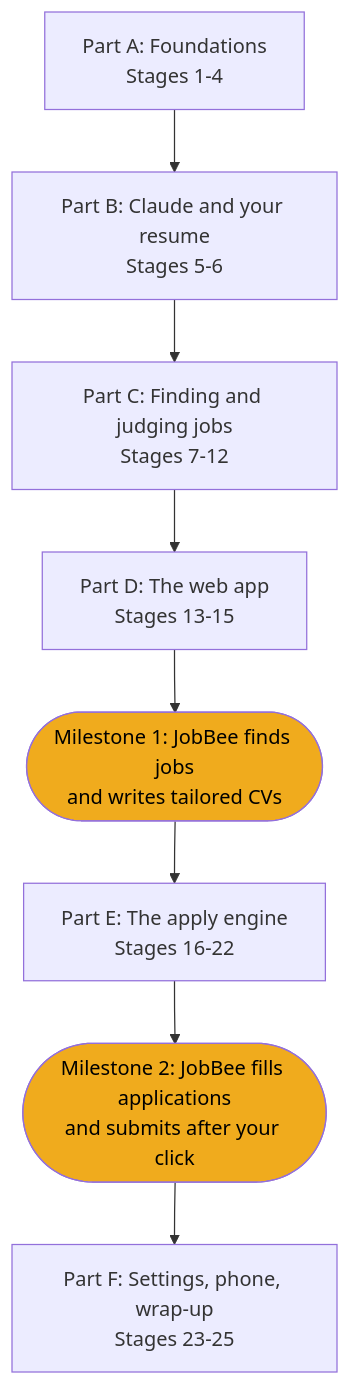
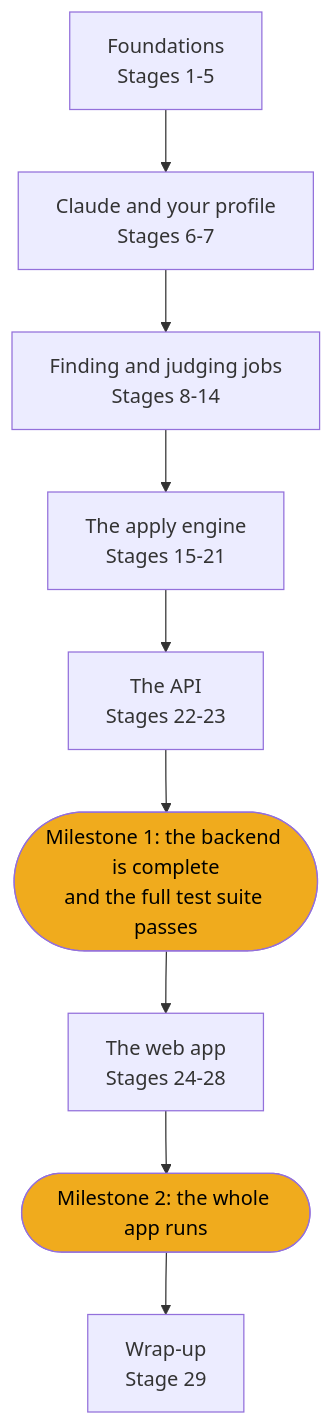
The second of 2 diagrams in docs/learn/README.md (linhoangce/JobBee), drawn with Mermaid before and after one commit. The commit also changed other lines of this file and 31 other files, not shown here.

First line of the commit message:
docs: complete full-code "build JobBee from scratch" learner guide

````diff
--- a/docs/learn/README.md
+++ b/docs/learn/README.md
@@ -57,12 +57,13 @@
 ```mermaid
 flowchart TD
-  A["Part A: Foundations<br/>Stages 1-4"] --> B["Part B: Claude and your resume<br/>Stages 5-6"]
-  B --> C["Part C: Finding and judging jobs<br/>Stages 7-12"]
-  C --> D["Part D: The web app<br/>Stages 13-15"]
-  D --> M1(["Milestone 1: JobBee finds jobs<br/>and writes tailored CVs"])
-  M1 --> E["Part E: The apply engine<br/>Stages 16-22"]
-  E --> M2(["Milestone 2: JobBee fills applications<br/>and submits after your click"])
-  M2 --> F["Part F: Settings, phone, wrap-up<br/>Stages 23-25"]
+  A["Foundations<br/>Stages 1-5"] --> B["Claude and your profile<br/>Stages 6-7"]
+  B --> C["Finding and judging jobs<br/>Stages 8-14"]
+  C --> D["The apply engine<br/>Stages 15-21"]
+  D --> E["The API<br/>Stages 22-23"]
+  E --> M1(["Milestone 1: the backend is complete<br/>and the full test suite passes"])
+  M1 --> F["The web app<br/>Stages 24-28"]
+  F --> M2(["Milestone 2: the whole app runs"])
+  M2 --> W["Wrap-up<br/>Stage 29"]
   style M1 fill:#f0ab1d,color:#000
   style M2 fill:#f0ab1d,color:#000
 ```
````
